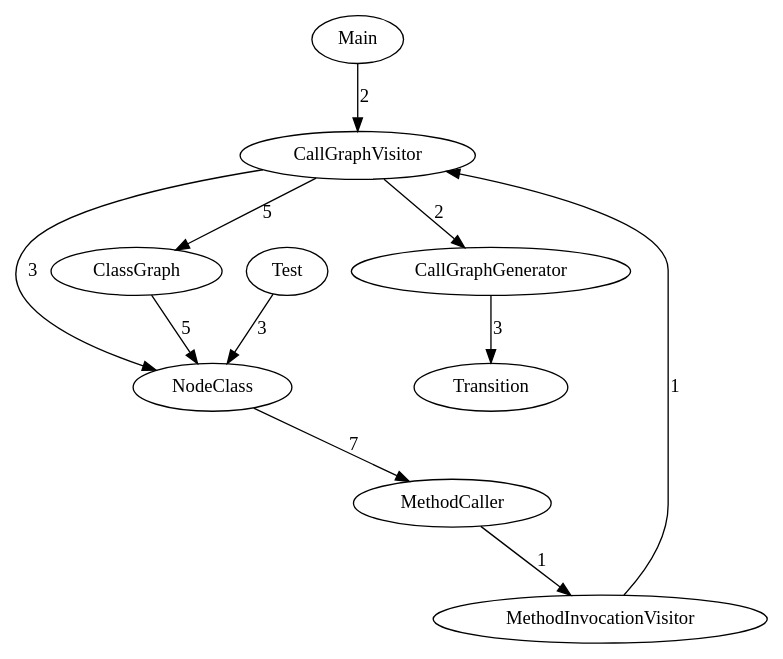
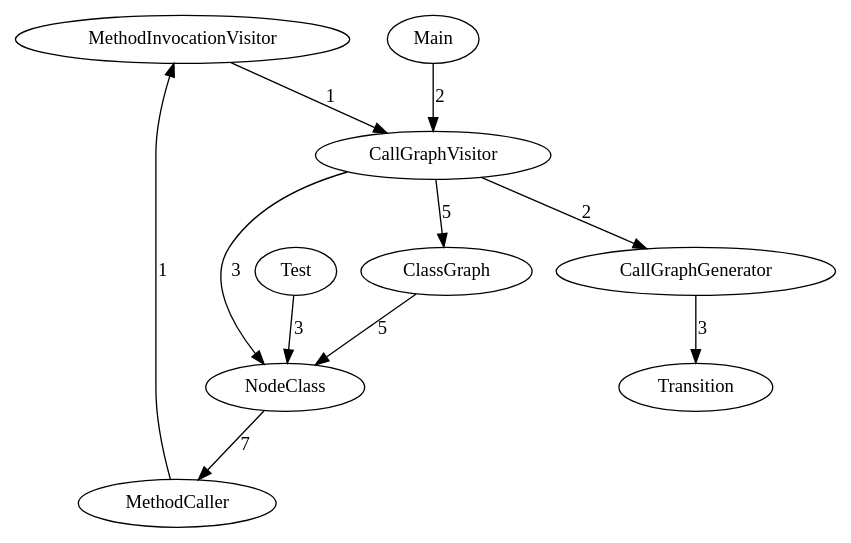
The diagram in tp3/coupling/graphGenerated.dot (hogoww/data-extraction), drawn with Graphviz before and after one commit. The commit also changed other lines of this file and 38 other files, not shown here.

```diff
--- a/tp3/coupling/graphGenerated.dot
+++ b/tp3/coupling/graphGenerated.dot
@@ -1,13 +1,13 @@
 digraph{
-Main -> CallGraphVisitor [label="2"];
-MethodCaller -> MethodInvocationVisitor [label="1"];
+MethodInvocationVisitor -> CallGraphVisitor [label="1"];
+CallGraphGenerator -> Transition [label="3"];
 Test -> NodeClass [label="3"];
 CallGraphVisitor -> ClassGraph [label="5"];
+ClassGraph -> NodeClass [label="5"];
 CallGraphVisitor -> NodeClass [label="3"];
-ClassGraph -> NodeClass [label="5"];
-MethodInvocationVisitor -> CallGraphVisitor [label="1"];
+Main -> CallGraphVisitor [label="2"];
 CallGraphVisitor -> CallGraphGenerator [label="2"];
 NodeClass -> MethodCaller [label="7"];
-CallGraphGenerator -> Transition [label="3"];
+MethodCaller -> MethodInvocationVisitor [label="1"];
 
  }
```
